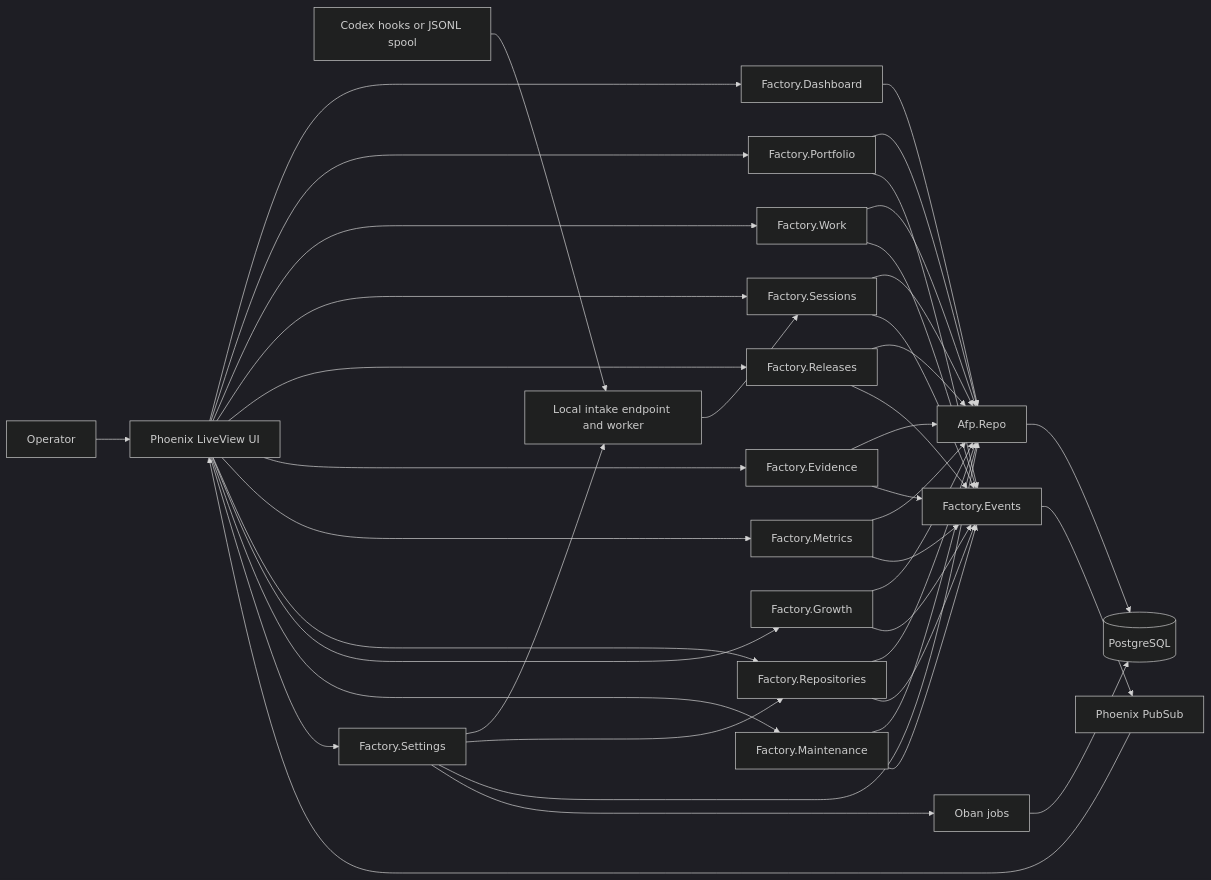
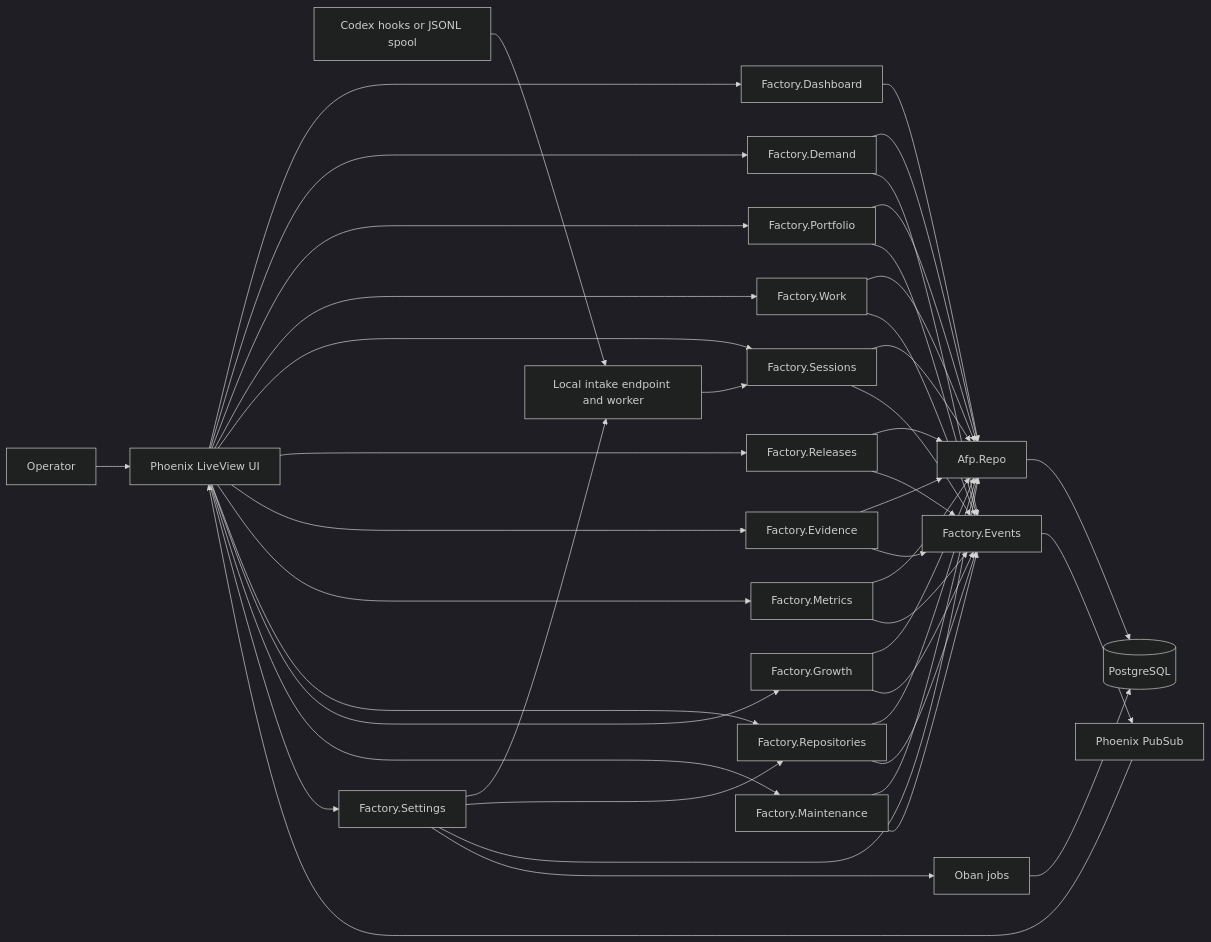
One commit to iiiyu/afp changed the second of 3 diagrams in README.md. Above: the diagram before and after it, drawn with Mermaid (dark theme). The commit also changed other lines of this file and 27 other files, not shown here.

````diff
--- a/README.md
+++ b/README.md
@@ -102,50 +104,53 @@
 ```mermaid
 flowchart LR
     Operator["Operator"] --> UI["Phoenix LiveView UI"]
     Codex["Codex hooks or JSONL spool"] --> Intake["Local intake endpoint and worker"]
 
     UI --> Dashboard["Factory.Dashboard"]
+    UI --> Demand["Factory.Demand"]
     UI --> Portfolio["Factory.Portfolio"]
     UI --> Work["Factory.Work"]
     UI --> Sessions["Factory.Sessions"]
     UI --> Releases["Factory.Releases"]
     UI --> Evidence["Factory.Evidence"]
     UI --> Metrics["Factory.Metrics"]
     UI --> Repositories["Factory.Repositories"]
     UI --> Growth["Factory.Growth"]
     UI --> Maintenance["Factory.Maintenance"]
     UI --> Settings["Factory.Settings"]
 
     Intake --> Sessions
     Settings --> Intake
     Settings --> Repositories
 
     Dashboard --> Repo["Afp.Repo"]
+    Demand --> Repo
     Portfolio --> Repo
     Work --> Repo
     Sessions --> Repo
     Releases --> Repo
     Evidence --> Repo
     Metrics --> Repo
     Repositories --> Repo
     Growth --> Repo
     Maintenance --> Repo
     Settings --> Repo
 
     Work --> Events["Factory.Events"]
+    Demand --> Events
     Sessions --> Events
     Releases --> Events
     Evidence --> Events
     Portfolio --> Events
     Metrics --> Events
     Repositories --> Events
     Growth --> Events
     Maintenance --> Events
 
     Events --> PubSub["Phoenix PubSub"]
     PubSub --> UI
 
     Repo --> DB[("PostgreSQL")]
     Settings --> Oban["Oban jobs"]
     Oban --> DB
 ```
````
